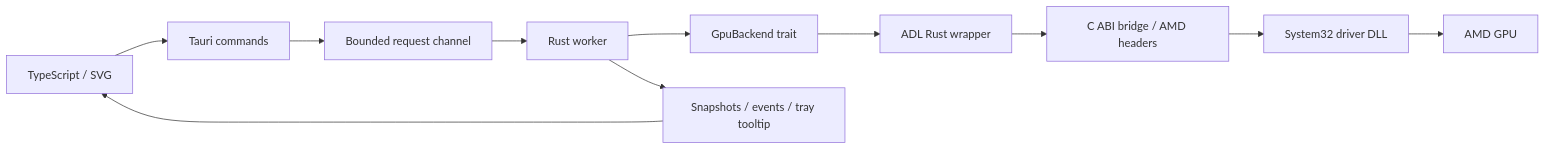
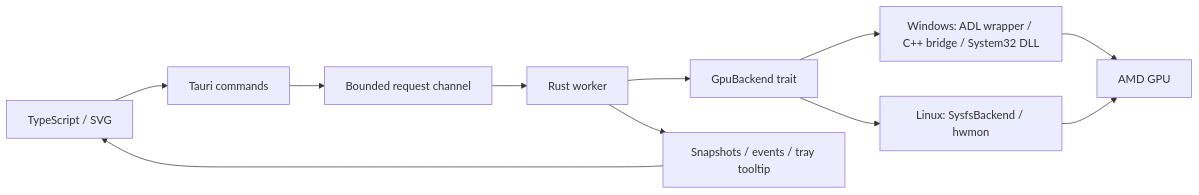
One commit to itsmrma/amd-fan-control changed the diagram in docs/ARCHITECTURE.md. Above: the diagram before and after it, drawn with Mermaid. The commit also changed other lines of this file and 2 other files, not shown here.

Commit message:
docs(linux): document amdgpu sysfs backend, packaging, udev, and validation guide (#29)

````diff
--- a/docs/ARCHITECTURE.md
+++ b/docs/ARCHITECTURE.md
@@ -11,13 +28,13 @@
 ```mermaid
 flowchart LR
     UI[TypeScript / SVG] --> IPC[Tauri commands]
     IPC --> Q[Bounded request channel]
     Q --> W[Rust worker]
     W --> T[GpuBackend trait]
-    T --> R[ADL Rust wrapper]
-    R --> C[C ABI bridge / AMD headers]
-    C --> D[System32 driver DLL]
-    D --> GPU[AMD GPU]
+    T --> WIN[Windows: ADL wrapper / C++ bridge / System32 DLL]
+    T --> LIN[Linux: SysfsBackend / hwmon]
+    WIN --> GPU[AMD GPU]
+    LIN --> GPU
     W --> E[Snapshots / events / tray tooltip]
     E --> UI
 ```
````
